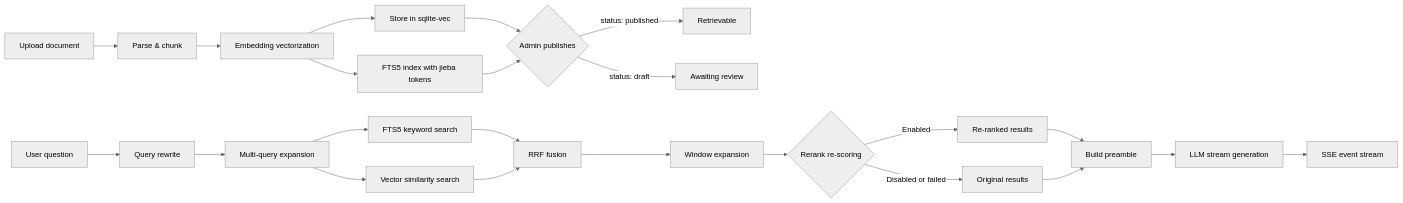
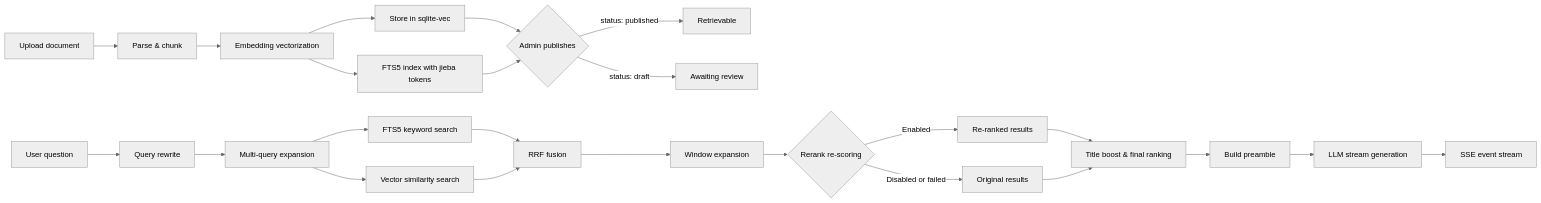
One commit to timzaak/rwiki changed the diagram in docs-web/content/docs/architecture.mdx. Above: the diagram before and after it, drawn with Mermaid (neutral theme). The commit also changed other lines of this file and 15 other files, not shown here.

````diff
--- a/docs-web/content/docs/architecture.mdx
+++ b/docs-web/content/docs/architecture.mdx
@@ -22,26 +22,27 @@
 ```mermaid
 flowchart LR
     A[Upload document] --> B[Parse & chunk]
     B --> C[Embedding vectorization]
     C --> D[Store in sqlite-vec]
     C --> E[FTS5 index with jieba tokens]
     D --> F{Admin publishes}
     E --> F
     F -->|status: published| G[Retrievable]
     F -->|status: draft| H[Awaiting review]
 
     I[User question] --> J[Query rewrite]
     J --> K[Multi-query expansion]
     K --> L1[FTS5 keyword search]
     K --> L2[Vector similarity search]
     L1 --> M[RRF fusion]
     L2 --> M
     M --> N[Window expansion]
     N --> R{Rerank re-scoring}
     R -->|Enabled| S[Re-ranked results]
     R -->|Disabled or failed| T[Original results]
-    S --> O[Build preamble]
-    T --> O
+    S --> U[Title boost & final ranking]
+    T --> U
+    U --> O[Build preamble]
     O --> P[LLM stream generation]
     P --> Q[SSE event stream]
 ```
````
